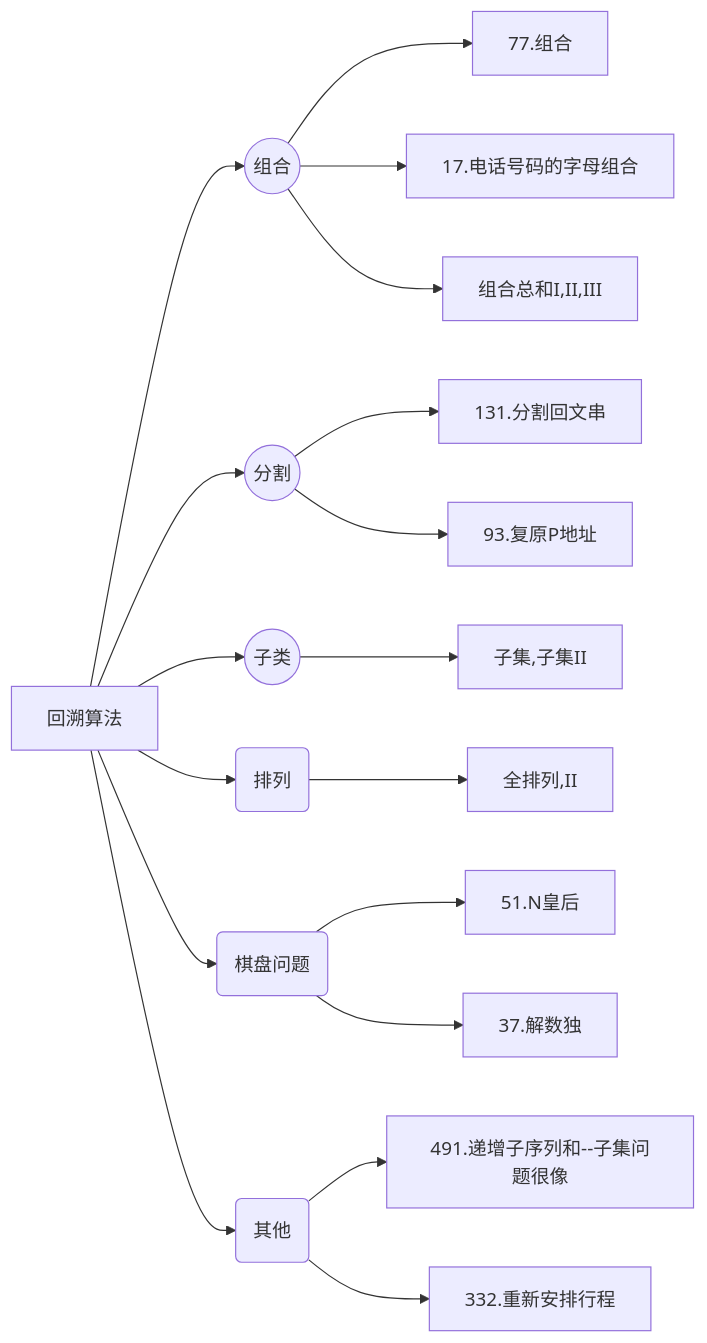
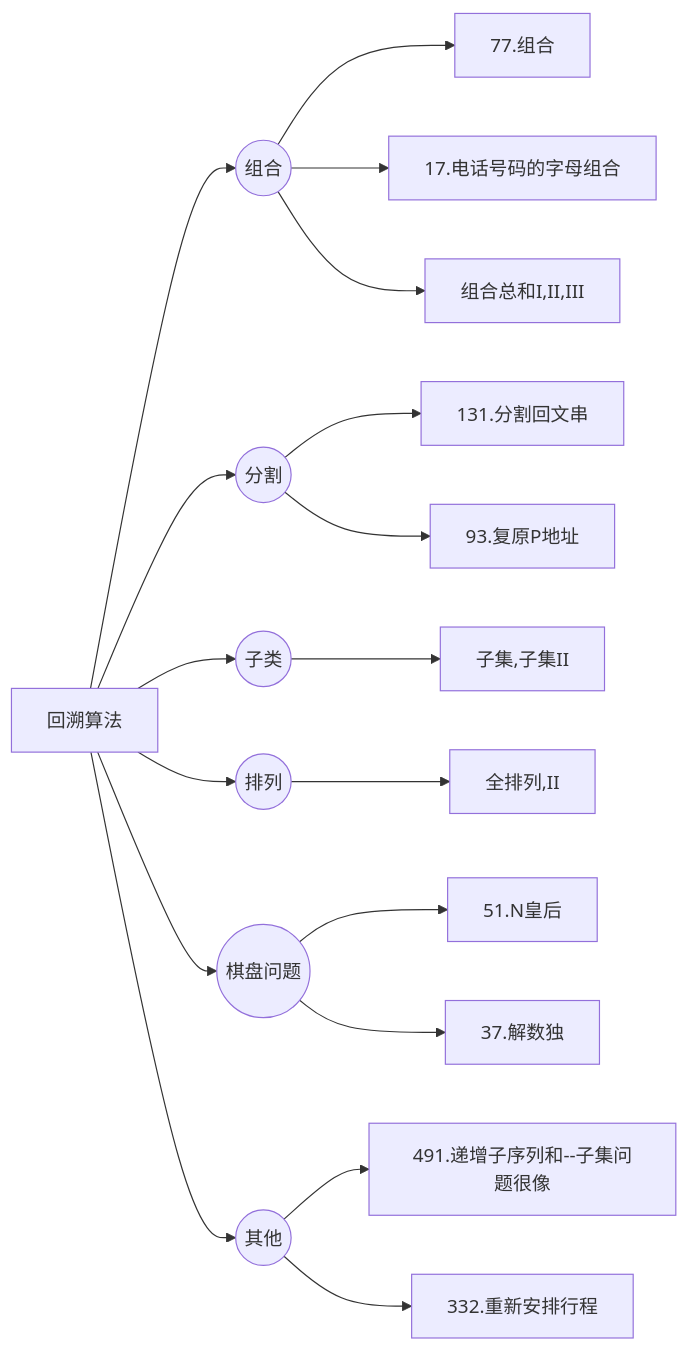
The diagram in docs/力扣/刷题记录/回溯.md (Liwen1234-cyber/mybook), drawn with Mermaid before and after one commit. The commit also changed 12 other files, not shown here.

````diff
--- a/docs/力扣/刷题记录/回溯.md
+++ b/docs/力扣/刷题记录/回溯.md
@@ -7,21 +7,21 @@
 ```mermaid
 graph LR
 
 B[回溯算法] -->C((组合));
 		C --> I[77.组合];
 		C --> J[17.电话号码的字母组合];
 		C --> K[组合总和I,II,III];
     B --> D((分割));
     	D --> L[131.分割回文串];
     	D --> M[93.复原P地址];
     B --> E((子类));
     	E --> N[子集,子集II];
-    B --> F(排列);
+    B --> F((排列));
     	F --> O[全排列,II];
-    B --> G(棋盘问题);
+    B --> G((棋盘问题));
     	G --> P[51.N皇后];
     	G --> Q[37.解数独];
-    B --> H(其他);
+    B --> H((其他));
     	H --> R[491.递增子序列和--子集问题很像];
     	H --> S[332.重新安排行程];
 ```
````
